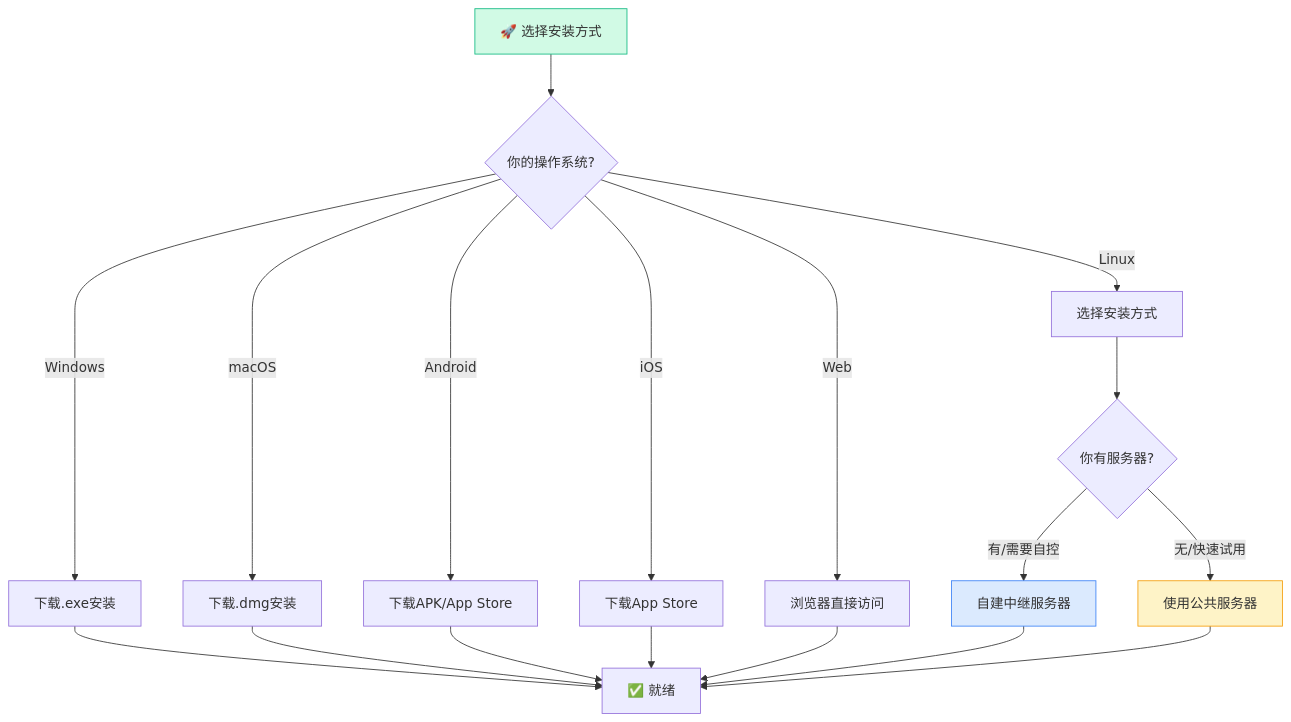
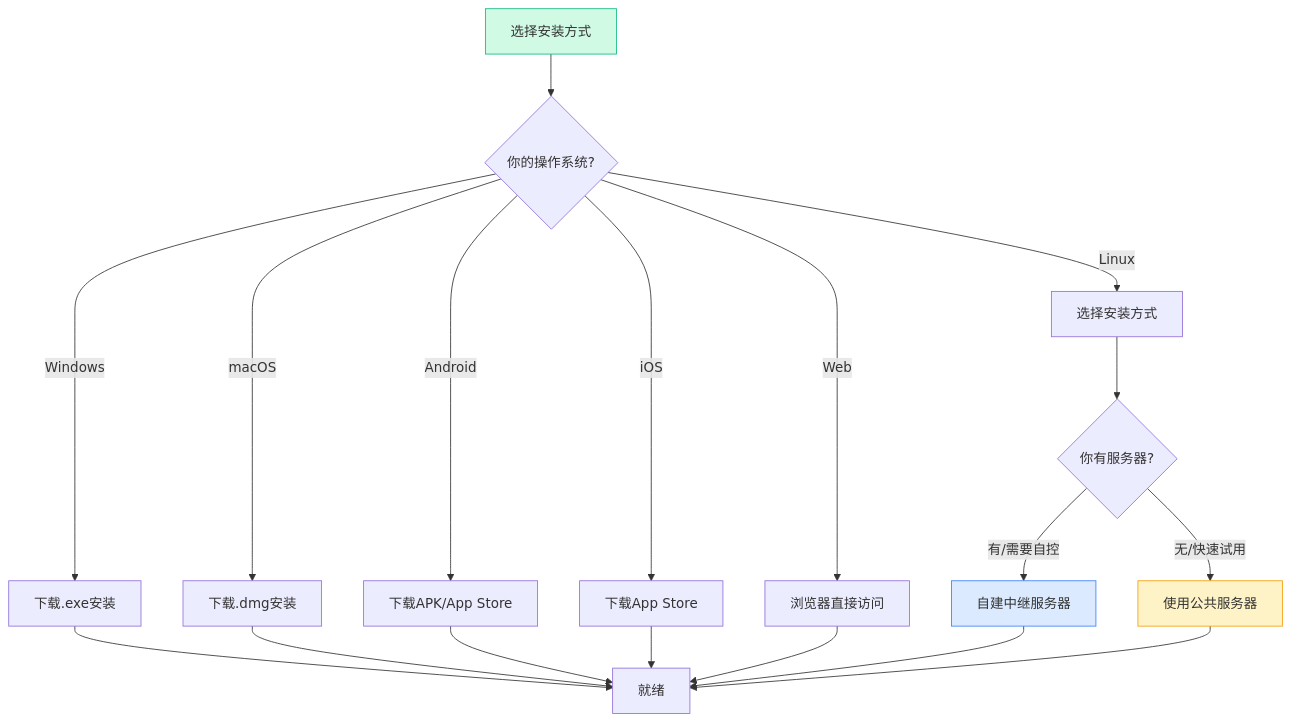
The fourth of 7 diagrams in content/posts/tech/rustdesk-open-source-remote-desktop.md (A1pha3/text-matrix), drawn with Mermaid before and after one commit. The commit also changed other lines of this file and 4 other files, not shown here.

````diff
--- a/content/posts/tech/rustdesk-open-source-remote-desktop.md
+++ b/content/posts/tech/rustdesk-open-source-remote-desktop.md
@@ -220,21 +228,21 @@
 ```mermaid
 flowchart TD
-    START["🚀 选择安装方式"] --> Q1{你的操作系统?}
+    START["选择安装方式"] --> Q1{你的操作系统?}
     Q1 -->|Windows| WIN[下载.exe安装]
     Q1 -->|macOS| MAC[下载.dmg安装]
     Q1 -->|Linux| LINUX["选择安装方式"]
     Q1 -->|Android| ANDROID[下载APK/App Store]
     Q1 -->|iOS| IOS[下载App Store]
     Q1 -->|Web| WEB[浏览器直接访问]
 
     LINUX --> L1{你有服务器?}
     L1 -->|有/需要自控| SELF["自建中继服务器"]
     L1 -->|无/快速试用| PUB["使用公共服务器"]
 
-    WIN & MAC & ANDROID & IOS & WEB --> DONE[✅ 就绪]
+    WIN & MAC & ANDROID & IOS & WEB --> DONE["就绪"]
     SELF & PUB --> DONE
 
     style START fill:#d1fae5,stroke:#10b981
     style SELF fill:#dbeafe,stroke:#3b82f6
     style PUB fill:#fef3c7,stroke:#f59e0b
 ```
````
